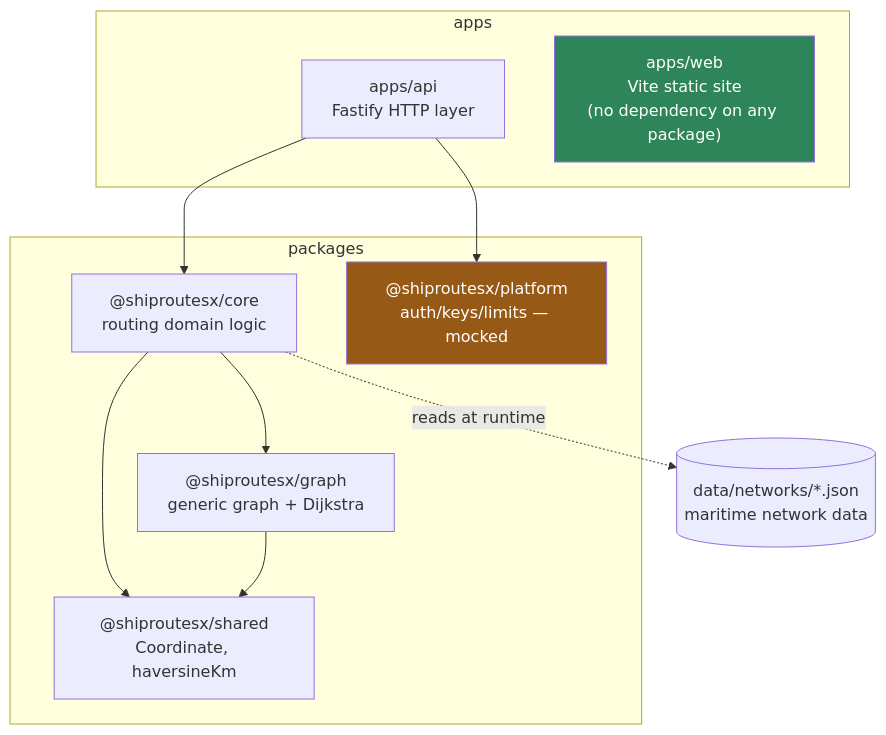
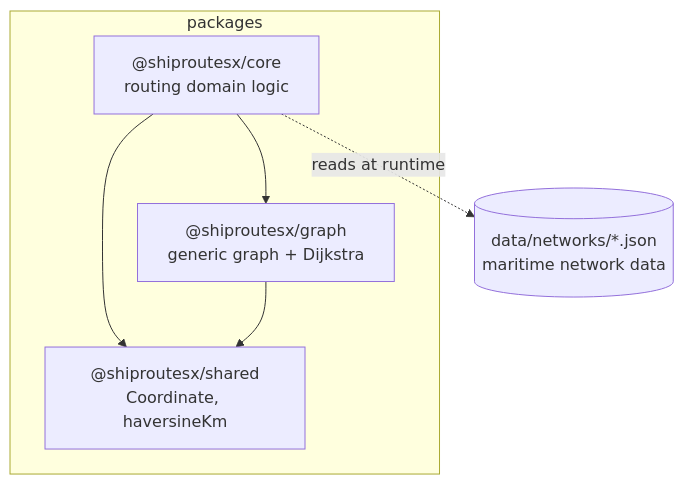
The first of 2 diagrams in docs/architecture.md (XexFlare/ShipRouteX), drawn with Mermaid before and after one commit. The commit also changed other lines of this file and 11 other files, not shown here.

Commit message:
Move the website, API, platform interfaces and Netlify configuration to the private shiproutex-web-api repo (C30)

````diff
--- a/docs/architecture.md
+++ b/docs/architecture.md
@@ -9,26 +9,15 @@
 ```mermaid
 graph TB
-    subgraph "apps"
-        api["apps/api<br/>Fastify HTTP layer"]
-        web["apps/web<br/>Vite static site<br/>(no dependency on any package)"]
-    end
-
     subgraph "packages"
         core["@shiproutesx/core<br/>routing domain logic"]
         graph_pkg["@shiproutesx/graph<br/>generic graph + Dijkstra"]
-        platform["@shiproutesx/platform<br/>auth/keys/limits — mocked"]
         shared["@shiproutesx/shared<br/>Coordinate, haversineKm"]
     end
 
     data[("data/networks/*.json<br/>maritime network data")]
 
-    api --> core
-    api --> platform
     core --> graph_pkg
     core --> shared
     graph_pkg --> shared
     core -.->|reads at runtime| data
-
-    style web fill:#2f855a,color:#fff
-    style platform fill:#975a16,color:#fff
 ```
````
